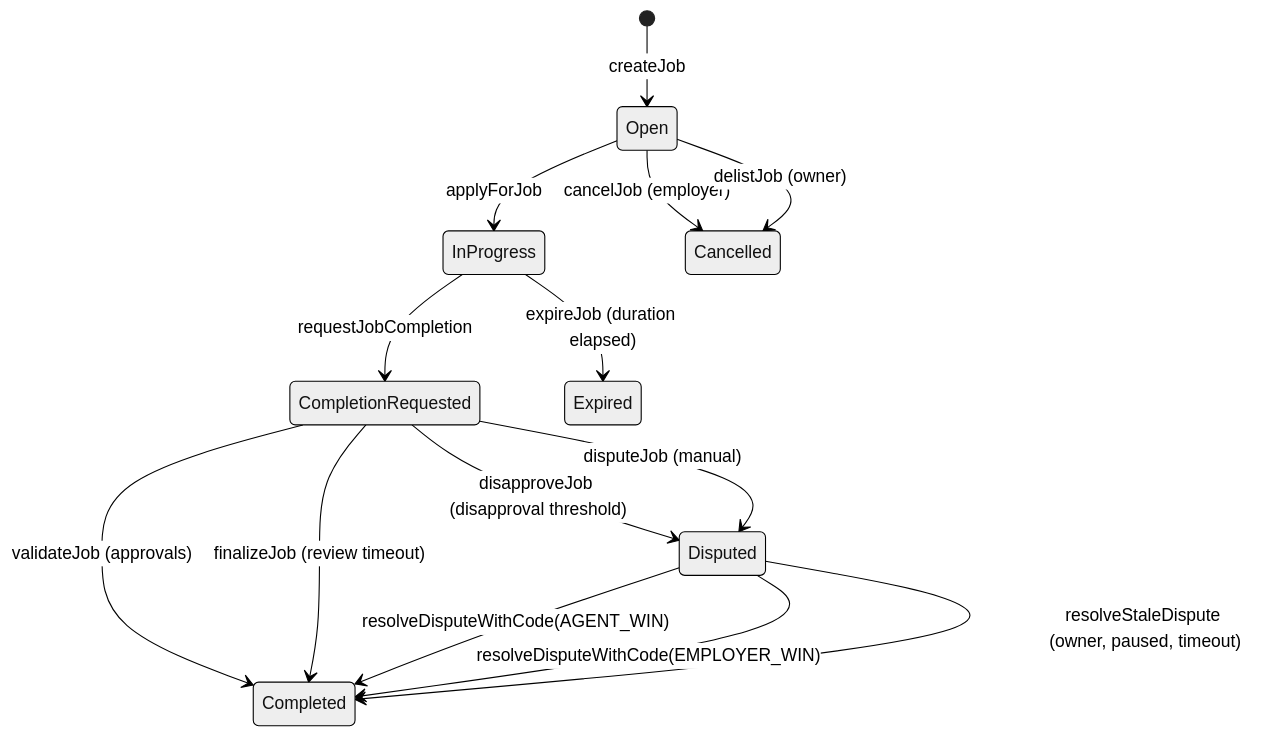
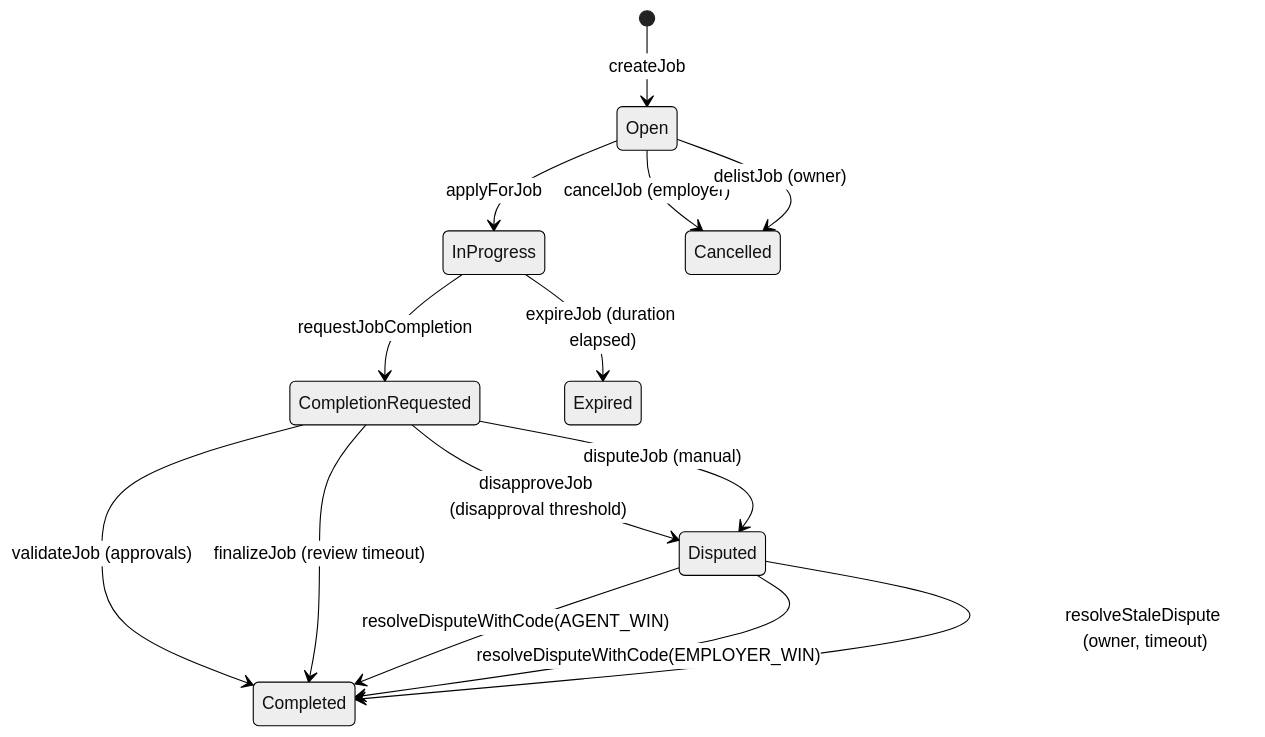
The diagram in docs/architecture.md (MontrealAI/AGIJobManager), drawn with Mermaid (neutral theme) before and after one commit. The commit also changed other lines of this file and 15 other files, not shown here.

Commit message:
Fix stale dispute wording in architecture doc

````diff
--- a/docs/architecture.md
+++ b/docs/architecture.md
@@ -30,20 +30,20 @@
 ```mermaid
 stateDiagram-v2
     [*] --> Open: createJob
     Open --> InProgress: applyForJob
     InProgress --> CompletionRequested: requestJobCompletion
 
     CompletionRequested --> Completed: validateJob (approvals)
     CompletionRequested --> Completed: finalizeJob (review timeout)
 
     CompletionRequested --> Disputed: disapproveJob (disapproval threshold)
     CompletionRequested --> Disputed: disputeJob (manual)
 
     Disputed --> Completed: resolveDisputeWithCode(AGENT_WIN)
     Disputed --> Completed: resolveDisputeWithCode(EMPLOYER_WIN)
-    Disputed --> Completed: resolveStaleDispute (owner, paused, timeout)
+    Disputed --> Completed: resolveStaleDispute (owner, timeout)
 
     InProgress --> Expired: expireJob (duration elapsed)
     Open --> Cancelled: cancelJob (employer)
     Open --> Cancelled: delistJob (owner)
 ```
````
